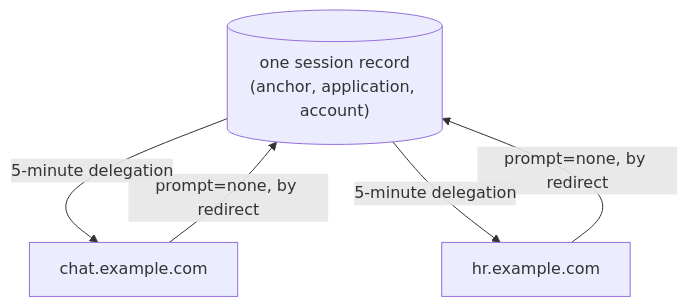
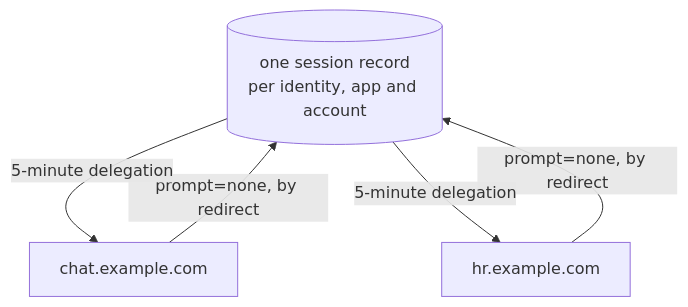
One commit to dfinity/internet-identity changed the fourth of 4 diagrams in docs/ongoing/shared-revocable-sessions.md. Above: the diagram before and after it, drawn with Mermaid. The commit also changed other lines of this file, not shown here.

````diff
--- a/docs/ongoing/shared-revocable-sessions.md
+++ b/docs/ongoing/shared-revocable-sessions.md
@@ -93,8 +93,8 @@
 ```mermaid
 flowchart TB
-    S[("one session record<br/>(anchor, application, account)")]
+    S[("one session record<br/>per identity, app and account")]
     C["chat.example.com"] -->|"prompt=none, by redirect"| S
     H["hr.example.com"] -->|"prompt=none, by redirect"| S
     S -->|"5-minute delegation"| C
     S -->|"5-minute delegation"| H
 ```
````
